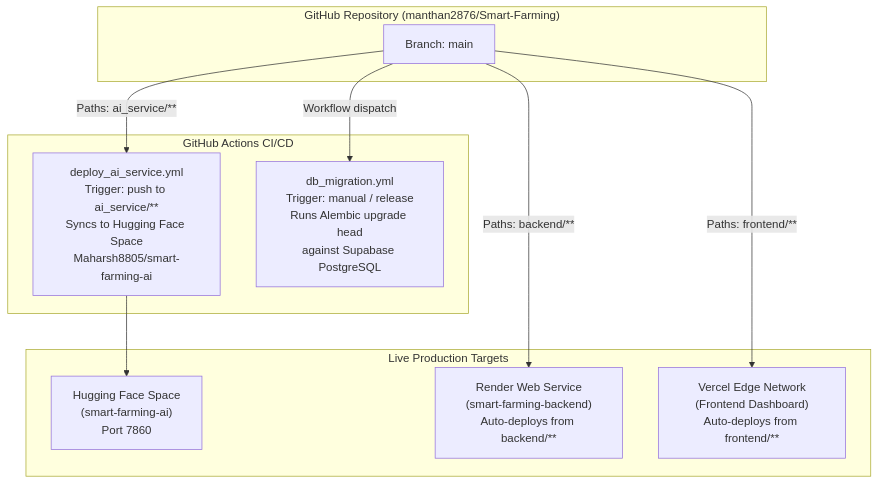
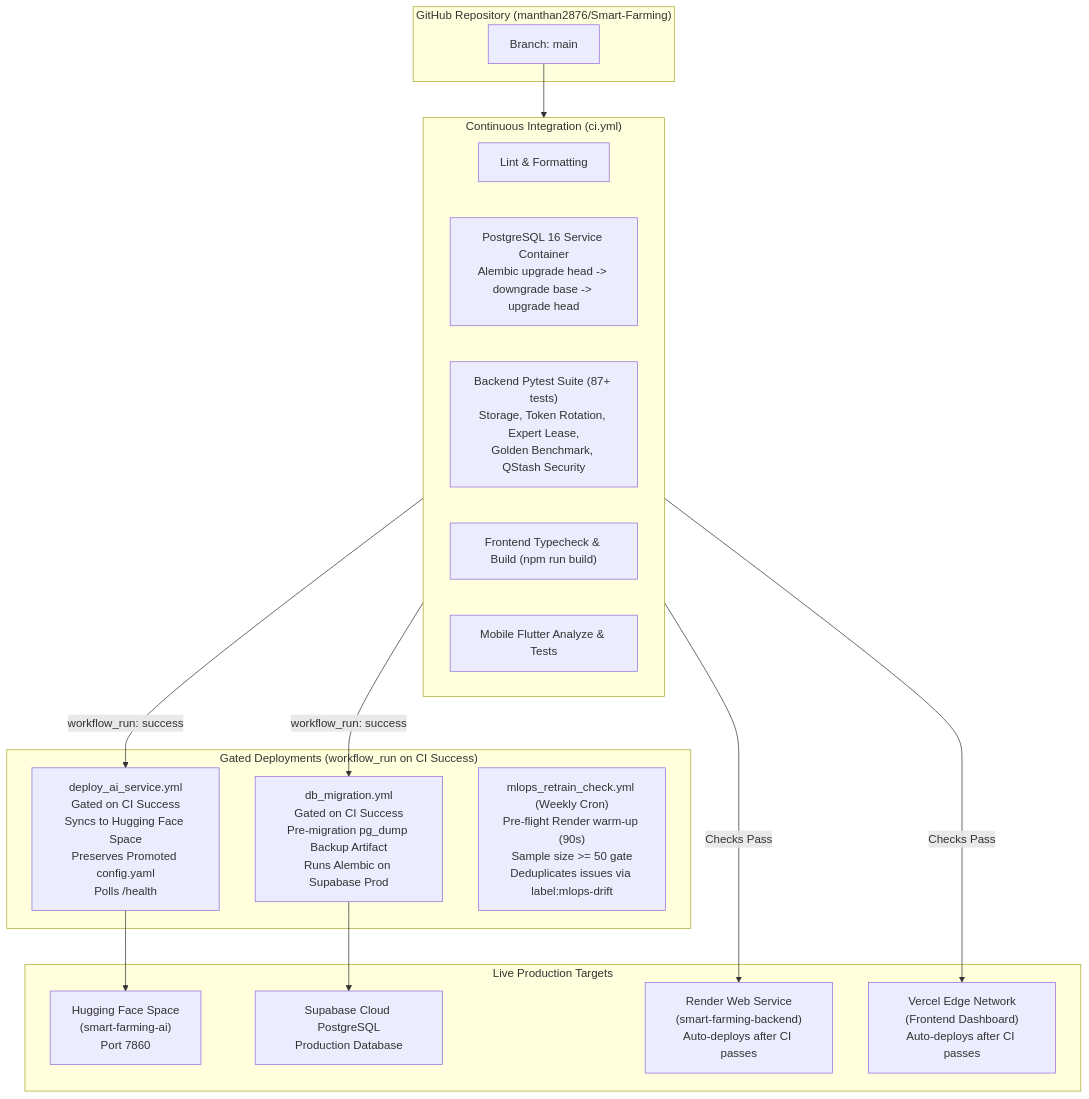
The seventh of 7 diagrams in Docs/Architecture.md (manthan2876/Smart-Farming), drawn with Mermaid before and after one commit. The commit also changed other lines of this file and 9 other files, not shown here.

````diff
--- a/Docs/Architecture.md
+++ b/Docs/Architecture.md
@@ -489,22 +500,33 @@
 ```mermaid
 flowchart TD
     subgraph GIT["GitHub Repository (manthan2876/Smart-Farming)"]
         MAIN["Branch: main"]
     end
 
-    subgraph WORKFLOWS["GitHub Actions CI/CD"]
-        WF_AI["deploy_ai_service.yml\nTrigger: push to ai_service/**\nSyncs to Hugging Face Space\nMaharsh8805/smart-farming-ai"]
-        WF_DB["db_migration.yml\nTrigger: manual / release\nRuns Alembic upgrade head\nagainst Supabase PostgreSQL"]
+    subgraph CI["Continuous Integration (ci.yml)"]
+        LINT["Lint & Formatting"]
+        TEST_DB["PostgreSQL 16 Service Container\nAlembic upgrade head -> downgrade base -> upgrade head"]
+        TEST_BE["Backend Pytest Suite (87+ tests)\nStorage, Token Rotation, Expert Lease,\nGolden Benchmark, QStash Security"]
+        TEST_FE["Frontend Typecheck & Build (npm run build)"]
+        TEST_MOB["Mobile Flutter Analyze & Tests"]
+    end
+
+    subgraph WORKFLOWS["Gated Deployments (workflow_run on CI Success)"]
+        WF_AI["deploy_ai_service.yml\nGated on CI Success\nSyncs to Hugging Face Space\nPreserves Promoted config.yaml\nPolls /health"]
+        WF_DB["db_migration.yml\nGated on CI Success\nPre-migration pg_dump Backup Artifact\nRuns Alembic on Supabase Prod"]
+        WF_DRIFT["mlops_retrain_check.yml (Weekly Cron)\nPre-flight Render warm-up (90s)\nSample size >= 50 gate\nDeduplicates issues via label:mlops-drift"]
     end
 
     subgraph CLOUD_RUNTIMES["Live Production Targets"]
         HF_SPACE["Hugging Face Space\n(smart-farming-ai)\nPort 7860"]
-        RENDER["Render Web Service\n(smart-farming-backend)\nAuto-deploys from backend/**"]
-        VERCEL["Vercel Edge Network\n(Frontend Dashboard)\nAuto-deploys from frontend/**"]
+        RENDER["Render Web Service\n(smart-farming-backend)\nAuto-deploys after CI passes"]
+        VERCEL["Vercel Edge Network\n(Frontend Dashboard)\nAuto-deploys after CI passes"]
+        SUPABASE["Supabase Cloud PostgreSQL\nProduction Database"]
     end
 
-    MAIN -->|Paths: ai_service/**| WF_AI --> HF_SPACE
-    MAIN -->|Paths: backend/**| RENDER
-    MAIN -->|Paths: frontend/**| VERCEL
-    MAIN -->|Workflow dispatch| WF_DB
+    MAIN --> CI
+    CI -->|workflow_run: success| WF_AI --> HF_SPACE
+    CI -->|workflow_run: success| WF_DB --> SUPABASE
+    CI -->|Checks Pass| RENDER
+    CI -->|Checks Pass| VERCEL
 ```
````
